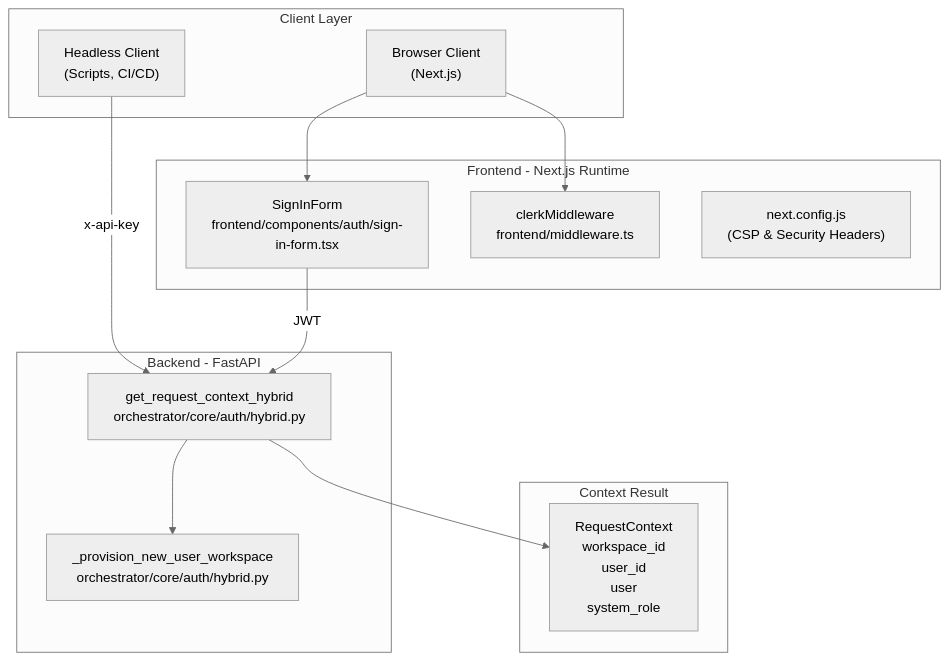
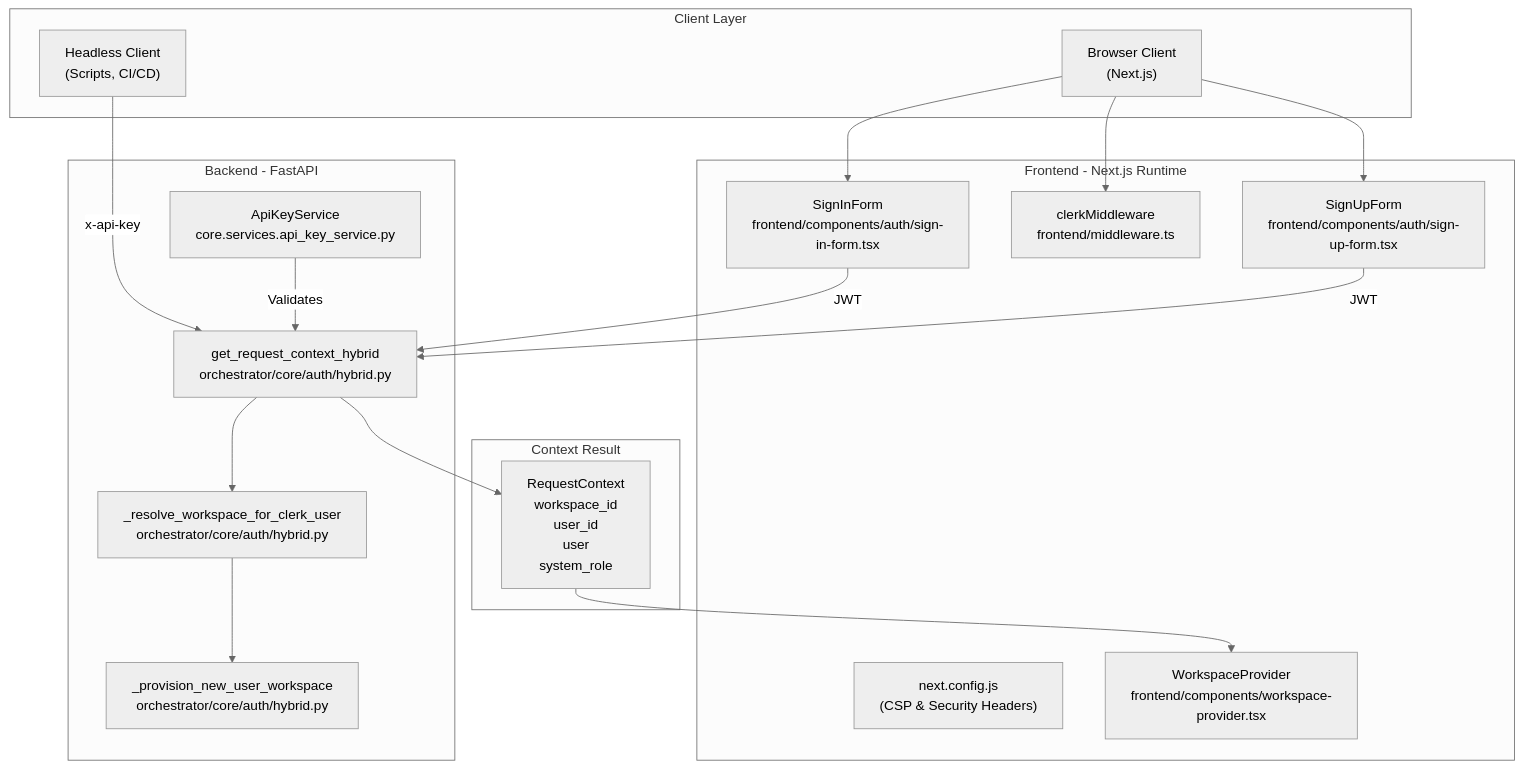
One commit to AutomatosAI/automatos-ai changed the first of 2 diagrams in docs/authentication-multi-tenancy/authentication-flow.md. Above: the diagram before and after it, drawn with Mermaid (neutral theme). The commit also changed other lines of this file and 191 other files, not shown here.

````diff
--- a/docs/authentication-multi-tenancy/authentication-flow.md
+++ b/docs/authentication-multi-tenancy/authentication-flow.md
@@ -41,30 +63,39 @@
 ```mermaid
 graph TB
     subgraph "Client Layer"
         Browser["Browser Client<br/>(Next.js)"]
         Headless["Headless Client<br/>(Scripts, CI/CD)"]
     end
     
     subgraph "Frontend - Next.js Runtime"
         SignInForm["SignInForm<br/>frontend/components/auth/sign-in-form.tsx"]
         ClerkMiddleware["clerkMiddleware<br/>frontend/middleware.ts"]
         NextConfig["next.config.js<br/>(CSP & Security Headers)"]
+        WorkspaceProvider["WorkspaceProvider<br/>frontend/components/workspace-provider.tsx"]
+        SignUpForm["SignUpForm<br/>frontend/components/auth/sign-up-form.tsx"]
     end
     
     subgraph "Backend - FastAPI"
         HybridAuth["get_request_context_hybrid<br/>orchestrator/core/auth/hybrid.py"]
         Provisioning["_provision_new_user_workspace<br/>orchestrator/core/auth/hybrid.py"]
+        Resolver["_resolve_workspace_for_clerk_user<br/>orchestrator/core/auth/hybrid.py"]
+        ApiKeyService["ApiKeyService<br/>core.services.api_key_service.py"]
     end
     
     subgraph "Context Result"
         ReqContext["RequestContext<br/>workspace_id<br/>user_id<br/>user<br/>system_role"]
     end
     
     Browser --> SignInForm
+    Browser --> SignUpForm
     Browser --> ClerkMiddleware
     Headless -->|x-api-key| HybridAuth
     
     SignInForm -->|JWT| HybridAuth
-    HybridAuth --> Provisioning
+    SignUpForm -->|JWT| HybridAuth
+    HybridAuth --> Resolver
+    Resolver --> Provisioning
     HybridAuth --> ReqContext
+    ReqContext --> WorkspaceProvider
+    ApiKeyService -- Validates --> HybridAuth
 ```
````
